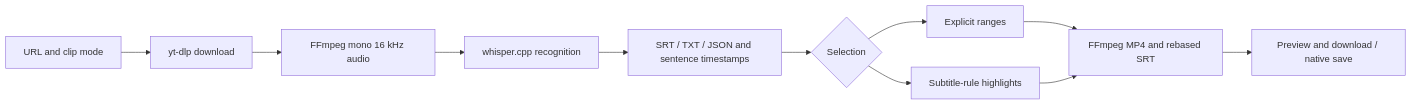
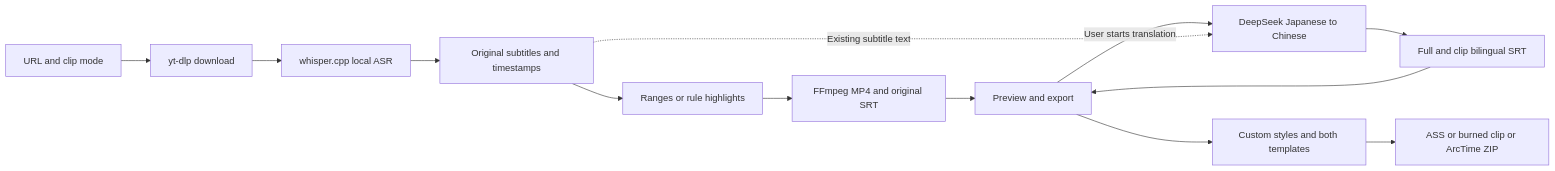
One commit to Nyaruverse/nyaru-clipper changed the diagram in docs/project-handoff.md. Above: the diagram before and after it, drawn with Mermaid. The commit also changed other lines of this file and 15 other files, not shown here.

Commit message:
docs: record subtitle acceptance and local installation

````diff
--- a/docs/project-handoff.md
+++ b/docs/project-handoff.md
@@ -102,13 +113,15 @@
 ```mermaid
 flowchart LR
     U[URL and clip mode] --> D[yt-dlp download]
-    D --> A[FFmpeg mono 16 kHz audio]
-    A --> W[whisper.cpp recognition]
-    W --> T[SRT / TXT / JSON and sentence timestamps]
-    T --> S{Selection}
-    S --> R[Explicit ranges]
-    S --> H[Subtitle-rule highlights]
-    R --> E[FFmpeg MP4 and rebased SRT]
-    H --> E
-    E --> P[Preview and download / native save]
+    D --> A[whisper.cpp local ASR]
+    A --> T[Original subtitles and timestamps]
+    T --> S[Ranges or rule highlights]
+    S --> E[FFmpeg MP4 and original SRT]
+    E --> P[Preview and export]
+    P -->|User starts translation| L[DeepSeek Japanese to Chinese]
+    T -.Existing subtitle text.-> L
+    L --> B[Full and clip bilingual SRT]
+    B --> P
+    P --> C[Custom styles and both templates]
+    C --> X[ASS or burned clip or ArcTime ZIP]
 ```
````
